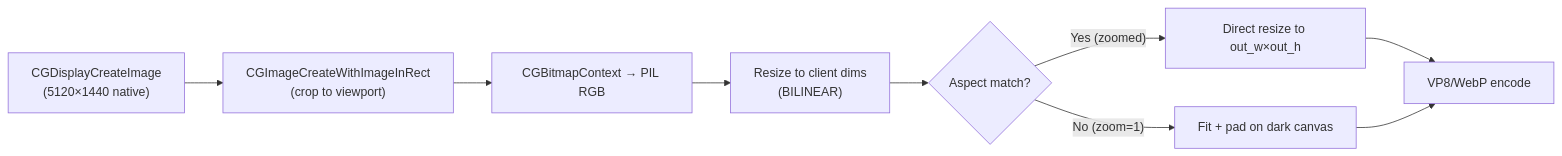
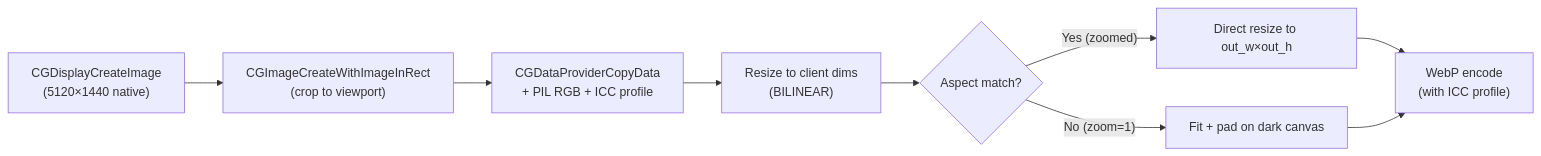
One commit to openhort/openhort changed the third of 3 diagrams in docs/manual/develop/screen-capture.md. Above: the diagram before and after it, drawn with Mermaid. The commit also changed other lines of this file and 6 other files, not shown here.

````diff
--- a/docs/manual/develop/screen-capture.md
+++ b/docs/manual/develop/screen-capture.md
@@ -163,11 +247,11 @@
 ```mermaid
 flowchart LR
     A["CGDisplayCreateImage<br/>(5120×1440 native)"] --> B["CGImageCreateWithImageInRect<br/>(crop to viewport)"]
-    B --> C["CGBitmapContext → PIL RGB"]
+    B --> C["CGDataProviderCopyData<br/>+ PIL RGB + ICC profile"]
     C --> D["Resize to client dims<br/>(BILINEAR)"]
     D --> E{"Aspect match?"}
     E -->|"Yes (zoomed)"| F["Direct resize to out_w×out_h"]
     E -->|"No (zoom=1)"| G["Fit + pad on dark canvas"]
-    F --> H["VP8/WebP encode"]
+    F --> H["WebP encode<br/>(with ICC profile)"]
     G --> H
 ```
````
